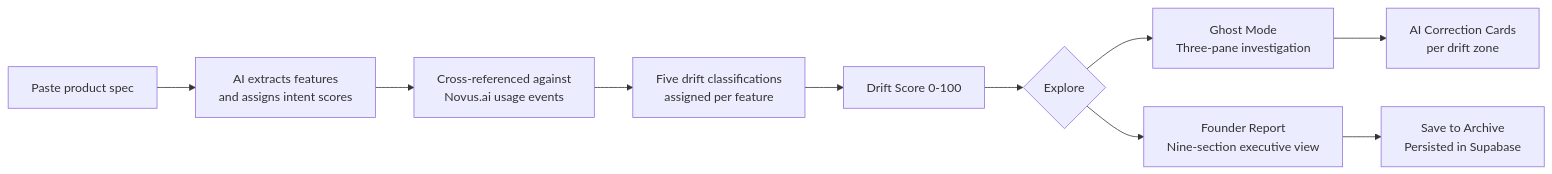
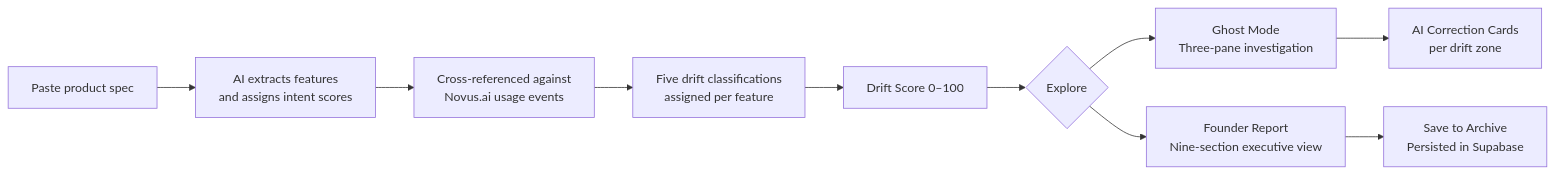
Before and after one commit to RobertSamuel-tech/Drift: the diagram in public/devpost/how-it-works.mmd, drawn with Mermaid. The commit also changed 2 other files, not shown here.

Commit message:
assets: update Mermaid source files

````diff
--- a/public/devpost/how-it-works.mmd
+++ b/public/devpost/how-it-works.mmd
@@ -1,10 +1,12 @@
+```mermaid
 flowchart LR
     A[Paste product spec] --> B[AI extracts features\nand assigns intent scores]
     B --> C[Cross-referenced against\nNovus.ai usage events]
     C --> D[Five drift classifications\nassigned per feature]
-    D --> E[Drift Score 0-100]
+    D --> E[Drift Score 0–100]
     E --> F{Explore}
     F --> G[Ghost Mode\nThree-pane investigation]
     F --> H[Founder Report\nNine-section executive view]
     G --> I[AI Correction Cards\nper drift zone]
     H --> J[Save to Archive\nPersisted in Supabase]
+```
````
